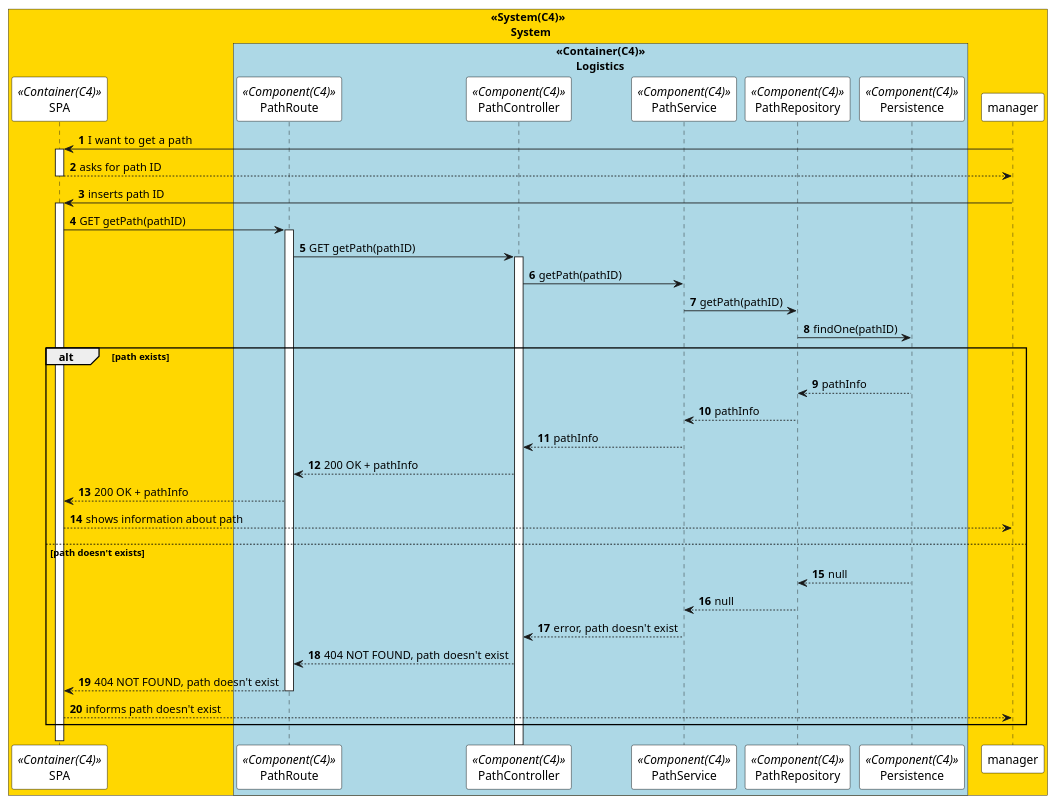
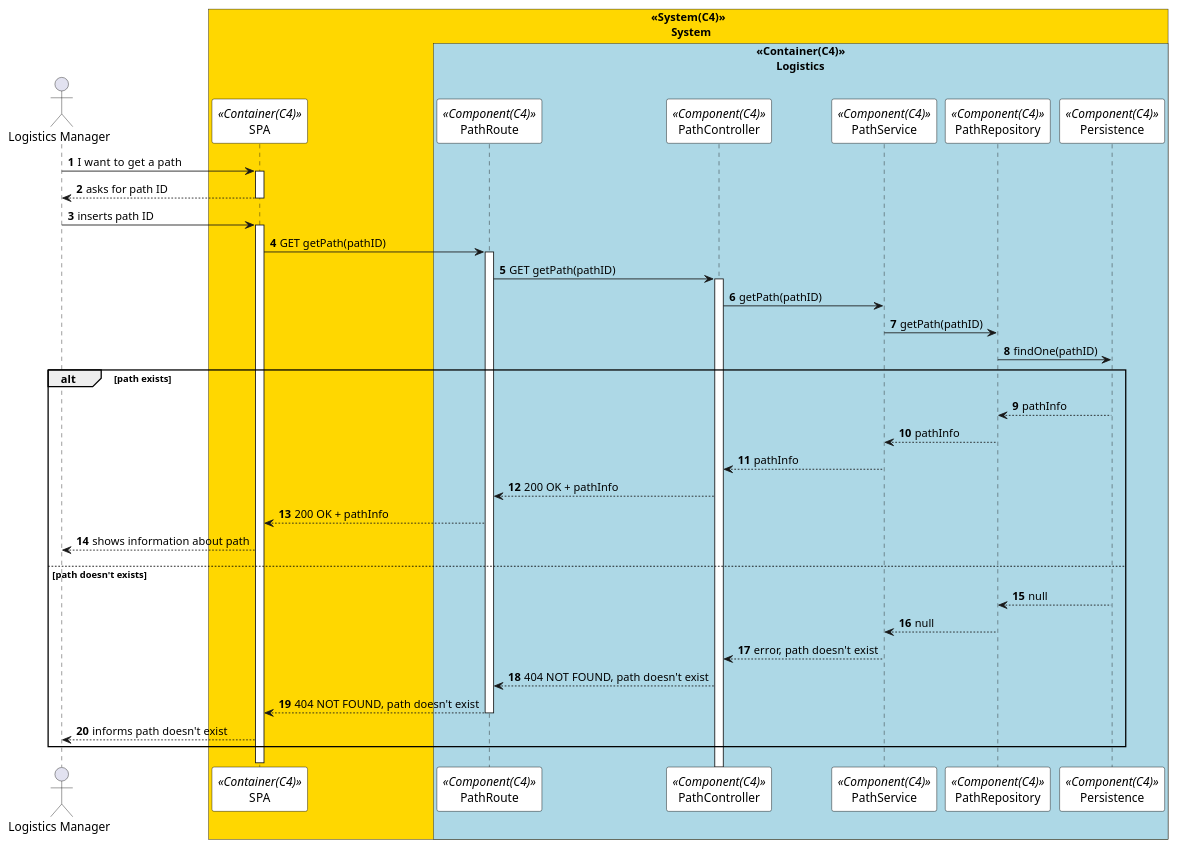
The diagram in Documents/1210822/puml/N3/Process View/getPathSD.puml (0franciscor/dei_3dj_057), drawn with PlantUML before and after one commit. The commit also changed 3 other files, not shown here.

```diff
--- a/Documents/1210822/puml/N3/Process View/getPathSD.puml
+++ b/Documents/1210822/puml/N3/Process View/getPathSD.puml
@@ -1,74 +1,74 @@
 @startuml getPathSD
 autonumber
 !pragma teoz true
 skinparam sequence {
 ParticipantBorderColor black
 ParticipantBackgroundColor white
 }
 
-
+actor "Logistics Manager" as manager
 
 box "<<System(C4)>>\n       System" #Gold
 participant SPA as  SPA <<Container(C4)>>
 box "<<Container(C4)>>\n       Logistics" #LightBlue
 participant PathRoute as Route <<Component(C4)>>
 participant PathController as Controller <<Component(C4)>>
 participant PathService as Service <<Component(C4)>>
 participant PathRepository as Repository <<Component(C4)>>
 participant Persistence as Persistence <<Component(C4)>>
 end box
 
 manager -> SPA: I  want to get a path
 activate SPA
 
 SPA --> manager: asks for path ID
 deactivate SPA
 
 manager -> SPA: inserts path ID
 activate SPA
 
 SPA -> Route: GET getPath(pathID)
 activate Route
 
 Route -> Controller: GET getPath(pathID)
 activate Controller
 
 Controller -> Service: getPath(pathID)
 
 Service -> Repository: getPath(pathID)
 
 Repository -> Persistence: findOne(pathID)
 
 
 alt path exists
 Persistence --> Repository: pathInfo
 
 Repository --> Service: pathInfo
 
 Service --> Controller: pathInfo
 
 Controller --> Route: 200 OK + pathInfo
 
 Route --> SPA: 200 OK + pathInfo
 SPA --> manager: shows information about path
 
 
 else path doesn't exists
 Persistence --> Repository: null
 
 Repository --> Service: null
 
 Service --> Controller: error, path doesn't exist
 
 Controller --> Route: 404 NOT FOUND, path doesn't exist
 
 Route --> SPA: 404 NOT FOUND, path doesn't exist
 deactivate Route
 SPA --> manager: informs path doesn't exist
 
 end
 
 deactivate SPA
 deactivate manager
 
 @enduml
```
